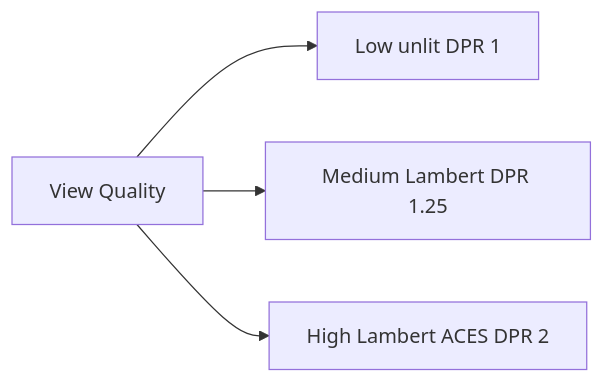
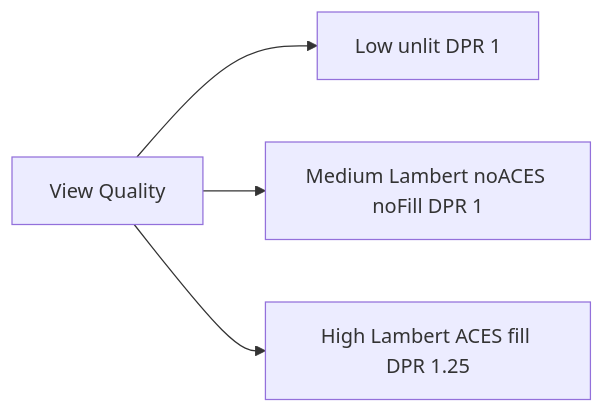
Diagram 32 of 38 in architecture.md (PiMaV/DONNER), drawn with Mermaid before and after one commit. The commit also changed other lines of this file and 41 other files, not shown here.

````diff
--- a/architecture.md
+++ b/architecture.md
@@ -1102,7 +1141,7 @@
 ```mermaid
 flowchart LR
   q[View Quality]
   q --> low[Low unlit DPR 1]
-  q --> med[Medium Lambert DPR 1.25]
-  q --> high[High Lambert ACES DPR 2]
+  q --> med[Medium Lambert noACES noFill DPR 1]
+  q --> high[High Lambert ACES fill DPR 1.25]
 ```
````
